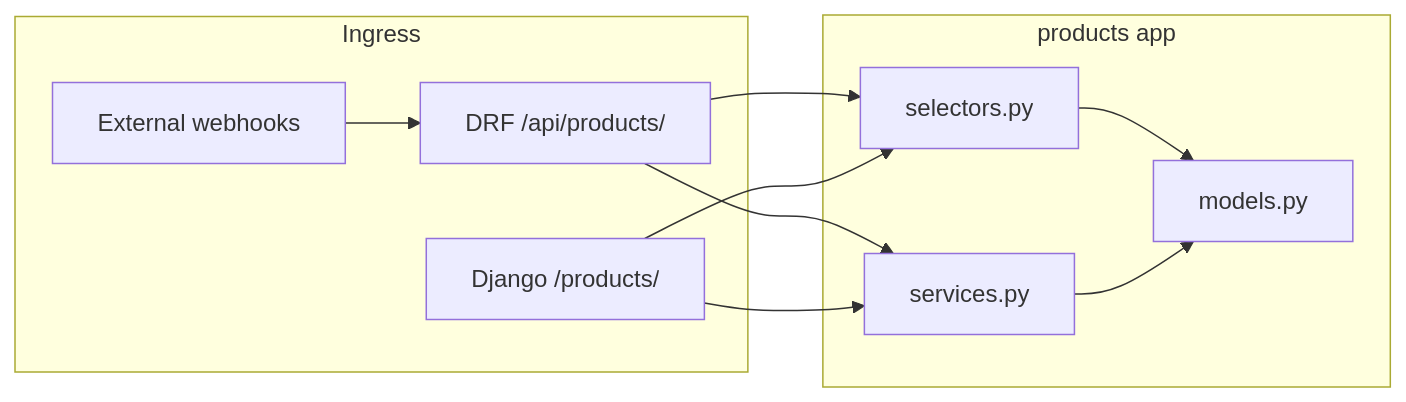
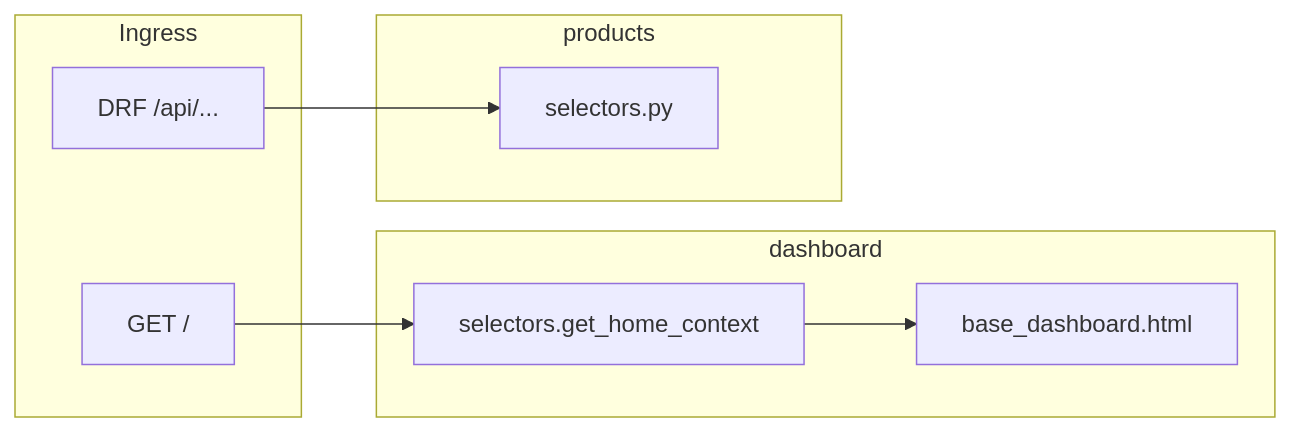
One commit to josedante/BackboneOS changed the diagram in docs/consolidation/FRONTEND_CONSOLIDATION.md. Above: the diagram before and after it, drawn with Mermaid. The commit also changed other lines of this file and 20 other files, not shown here.

First line of the commit message:
feat(dashboard): migrate homepage to Django templates at /

````diff
--- a/docs/consolidation/FRONTEND_CONSOLIDATION.md
+++ b/docs/consolidation/FRONTEND_CONSOLIDATION.md
@@ -195,20 +166,16 @@
 ```mermaid
 flowchart LR
   subgraph ingress [Ingress]
-    API["DRF /api/products/"]
-    HTML["Django /products/"]
-    Webhook["External webhooks"]
+    Home["GET /"]
+    API["DRF /api/..."]
   end
-  subgraph products_app [products app]
-    Sel["selectors.py"]
-    Svc["services.py"]
-    Models["models.py"]
+  subgraph dashboard_app [dashboard]
+    SelD["selectors.get_home_context"]
+    Base["base_dashboard.html"]
   end
-  API --> Sel
-  API --> Svc
-  HTML --> Sel
-  HTML --> Svc
-  Webhook --> API
-  Sel --> Models
-  Svc --> Models
+  subgraph products_app [products]
+    SelP["selectors.py"]
+  end
+  Home --> SelD --> Base
+  API --> SelP
 ```
````
